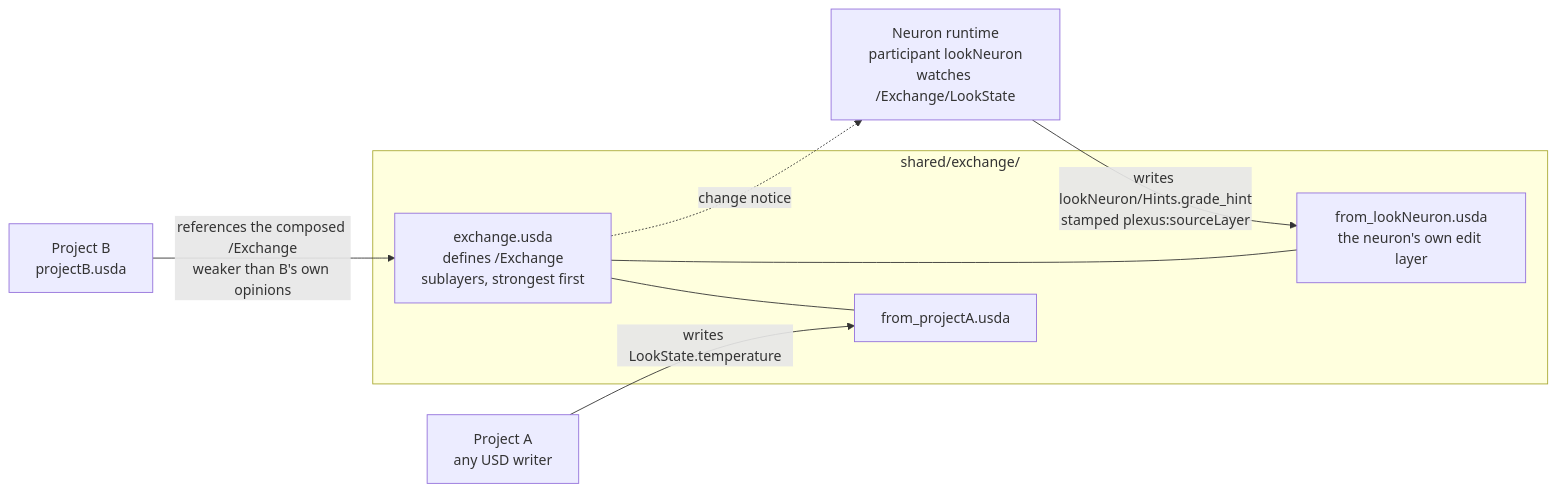
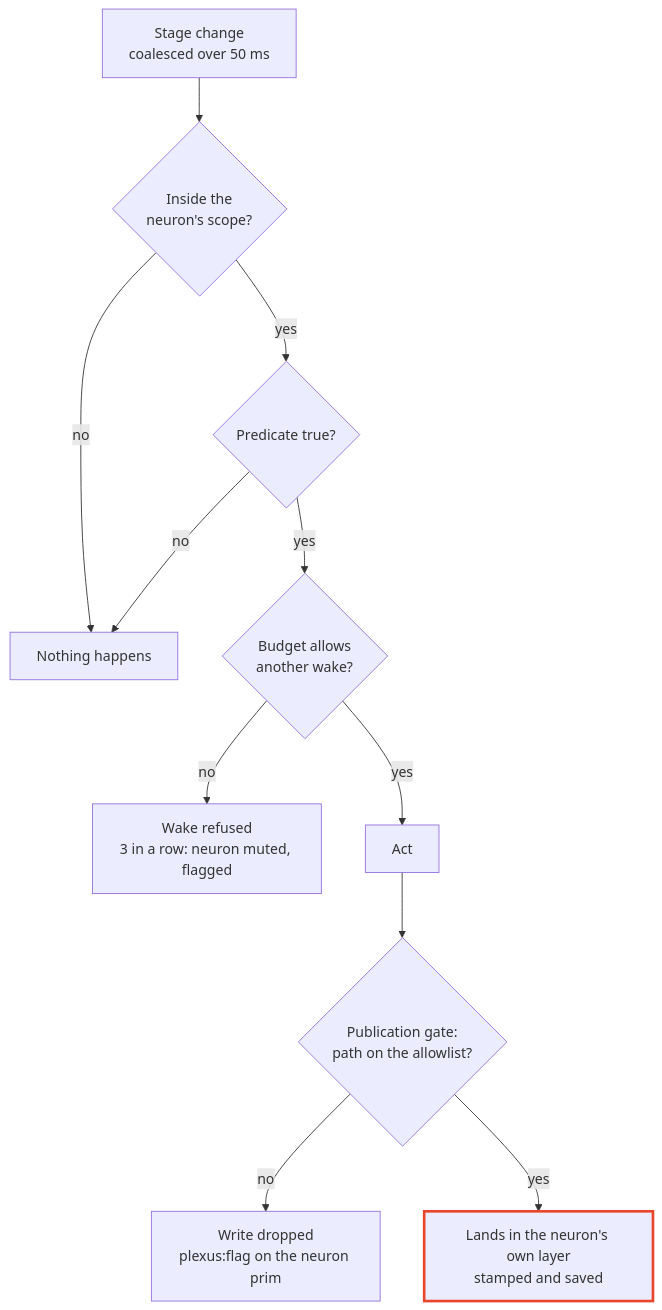
The fourth of 5 diagrams in README.md (JosephOIbrahim/Plexus), drawn with Mermaid before and after one commit. The commit also changed other lines of this file and 3 other files, not shown here.

First line of the commit message:
readme: the Plexus wordmark, five diagrams, and a README organised for a fast read (Joe, Nov 9)

````diff
--- a/README.md
+++ b/README.md
@@ -52,17 +121,15 @@
 ```mermaid
-flowchart LR
-    A["Project A<br/>any USD writer"]
-    B["Project B<br/>projectB.usda"]
-    N["Neuron runtime<br/>participant lookNeuron<br/>watches /Exchange/LookState"]
-    subgraph EX["shared/exchange/"]
-        X["exchange.usda<br/>defines /Exchange<br/>sublayers, strongest first"]
-        FA["from_projectA.usda"]
-        FN["from_lookNeuron.usda<br/>the neuron's own edit layer"]
-        X --- FA
-        X --- FN
-    end
-    A -->|"writes LookState.temperature"| FA
-    N -->|"writes lookNeuron/Hints.grade_hint<br/>stamped plexus:sourceLayer"| FN
-    B -->|"references the composed /Exchange<br/>weaker than B's own opinions"| X
-    X -.->|"change notice"| N
+flowchart TD
+    E["Stage change<br/>coalesced over 50 ms"] --> S{"Inside the<br/>neuron's scope?"}
+    S -->|no| Z["Nothing happens"]
+    S -->|yes| P{"Predicate true?"}
+    P -->|no| Z
+    P -->|yes| G{"Budget allows<br/>another wake?"}
+    G -->|no| T["Wake refused<br/>3 in a row: neuron muted, flagged"]
+    G -->|yes| ACT["Act"]
+    ACT --> PG{"Publication gate:<br/>path on the allowlist?"}
+    PG -->|no| F["Write dropped<br/>plexus:flag on the neuron prim"]
+    PG -->|yes| W["Lands in the neuron's own layer<br/>stamped and saved"]
+    classDef here stroke:#E8452C,stroke-width:3px
+    class W here
 ```
````
